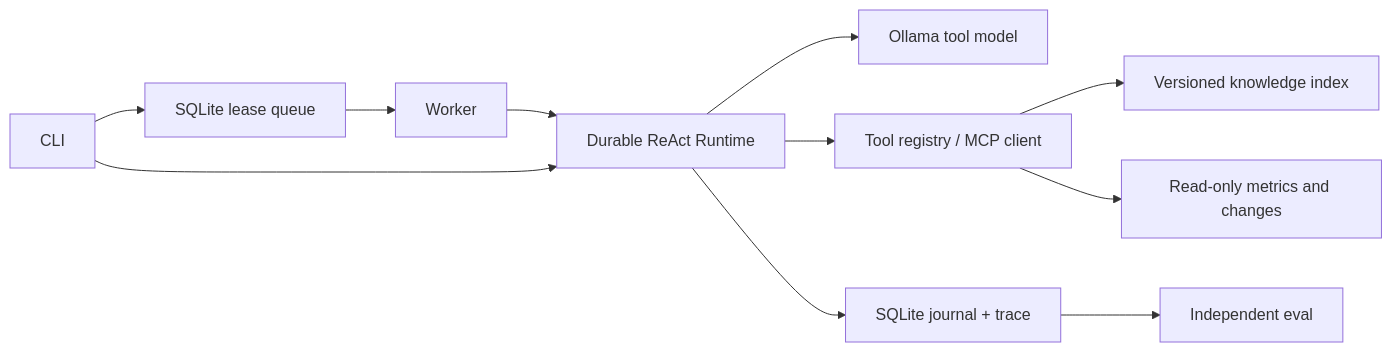
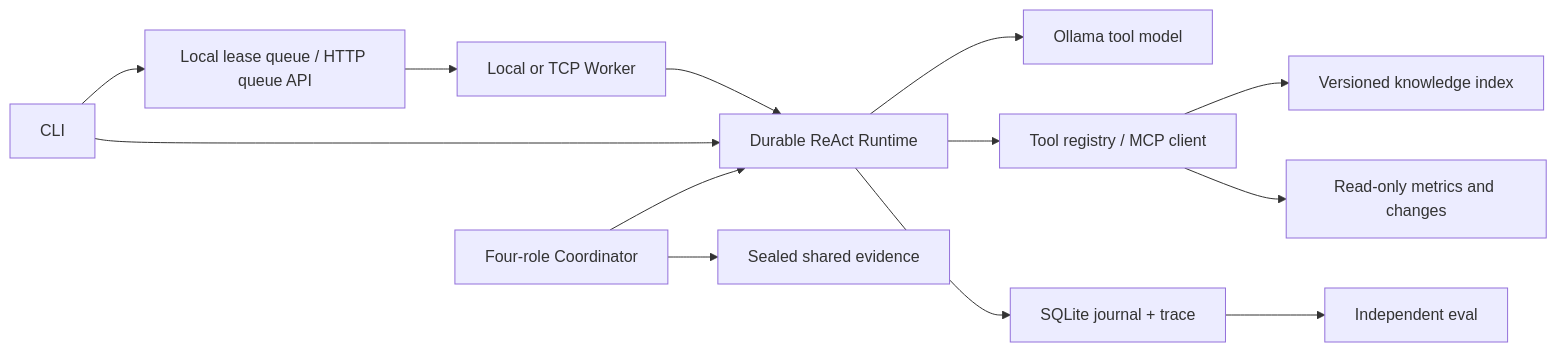
Before and after one commit to chendi-Shi/byte-agent-platform: the diagram in README.md, drawn with Mermaid. The commit also changed other lines of this file and 5 other files, not shown here.

````diff
--- a/README.md
+++ b/README.md
@@ -102,13 +146,15 @@
 ```mermaid
 flowchart LR
-  CLI --> Q[SQLite lease queue]
-  Q --> W[Worker]
+  CLI --> Q[Local lease queue / HTTP queue API]
+  Q --> W[Local or TCP Worker]
   W --> R[Durable ReAct Runtime]
   CLI --> R
   R --> M[Ollama tool model]
   R --> T[Tool registry / MCP client]
   T --> K[Versioned knowledge index]
   T --> D[Read-only metrics and changes]
   R --> J[SQLite journal + trace]
+  C[Four-role Coordinator] --> R
+  C --> S[Sealed shared evidence]
   J --> E[Independent eval]
 ```
````
